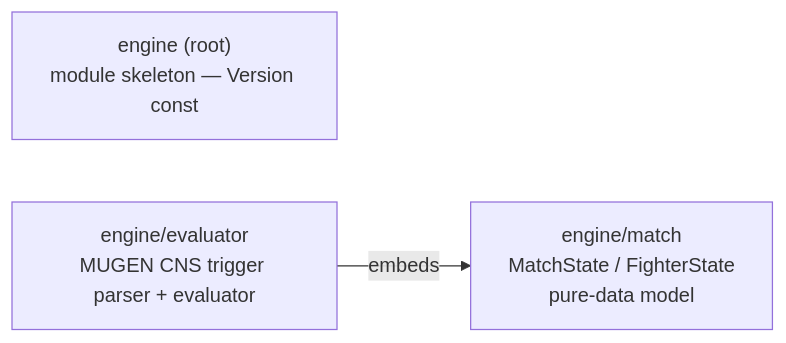
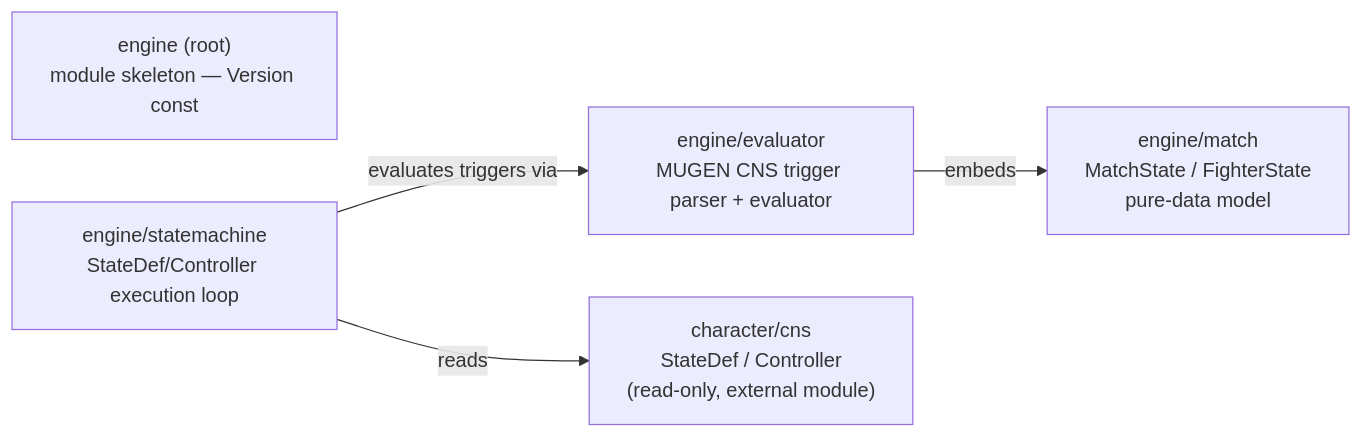
The first of 2 diagrams in docs/architecture.md (openkakutou/engine), drawn with Mermaid before and after one commit. The commit also changed other lines of this file and 13 other files, not shown here.

````diff
--- a/docs/architecture.md
+++ b/docs/architecture.md
@@ -7,8 +7,12 @@
 ```mermaid
 graph LR
     root["engine (root)<br/>module skeleton — Version const"]
     match["engine/match<br/>MatchState / FighterState<br/>pure-data model"]
     evaluator["engine/evaluator<br/>MUGEN CNS trigger parser + evaluator"]
+    statemachine["engine/statemachine<br/>StateDef/Controller execution loop"]
+    cns["character/cns<br/>StateDef / Controller<br/>(read-only, external module)"]
 
     evaluator -->|embeds| match
+    statemachine -->|evaluates triggers via| evaluator
+    statemachine -->|reads| cns
 ```
````
